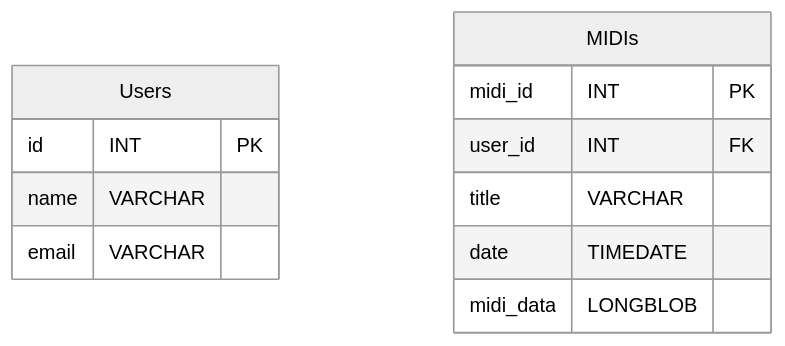
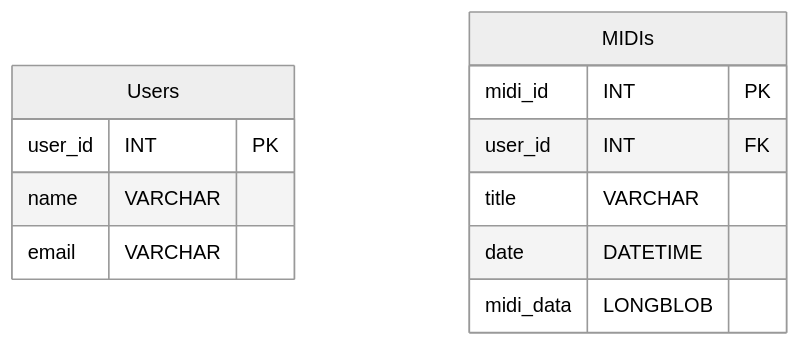
Before and after one commit to bengoh815/cs506-project: the second of 6 diagrams in README.md, drawn with Mermaid (neutral theme). The commit also changed other lines of this file and 16 other files, not shown here.

````diff
--- a/README.md
+++ b/README.md
@@ -113,17 +113,17 @@
 ```mermaid
 erDiagram
     Users {
-        id INT PK
+        user_id INT PK
         name VARCHAR
         email VARCHAR
     }
 
     MIDIs {
         midi_id INT PK
         user_id INT FK
         title VARCHAR
-        date TIMEDATE
+        date DATETIME
         midi_data LONGBLOB
     }
 
 ```
````
